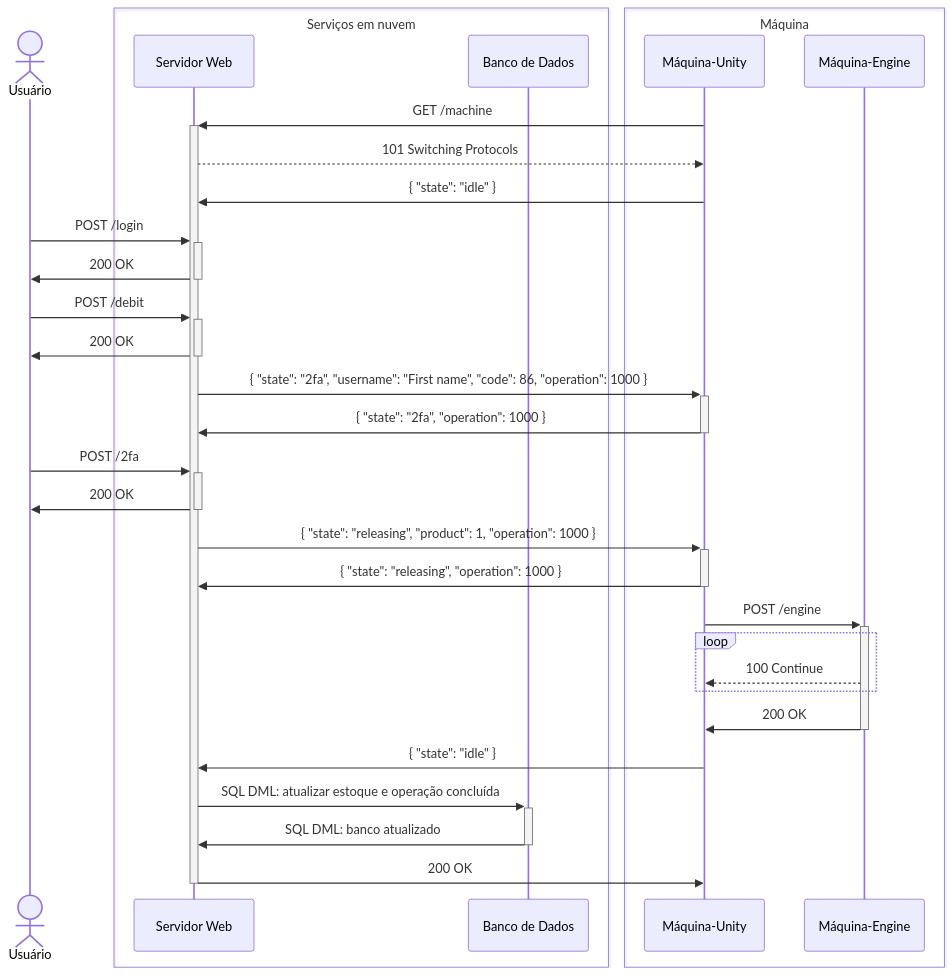
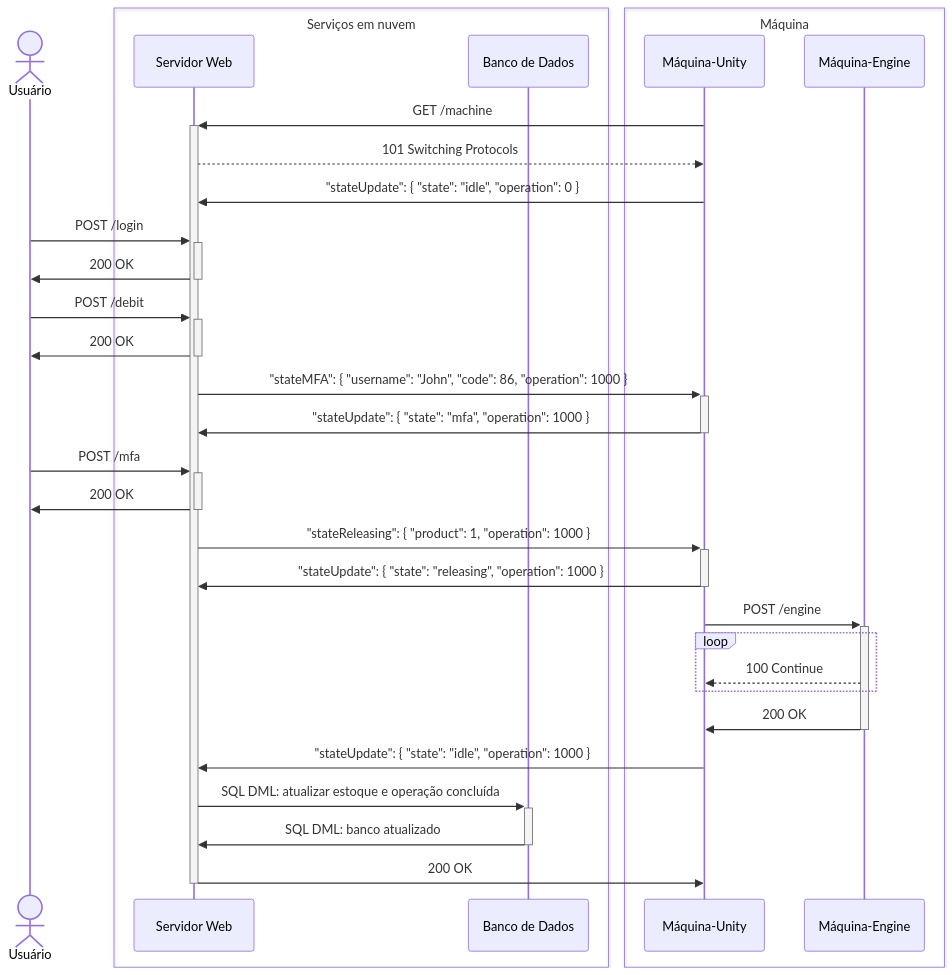
One commit to feira-de-jogos/feira-de-jogos changed the ninth of 9 diagrams in v2/README.md. Above: the diagram before and after it, drawn with Mermaid. The commit also changed other lines of this file and 3 other files, not shown here.

Commit message:
Modelar mensagens via WebSocket entre máquina de vendas e servidor Web #7

````diff
--- a/v2/README.md
+++ b/v2/README.md
@@ -227,44 +240,44 @@
 ```mermaid
 sequenceDiagram
   actor Usuário
   box Serviços em nuvem
     participant Servidor Web
     participant Banco de Dados
   end
   box Máquina
     participant Máquina-Unity
     participant Máquina-Engine
   end
 
   Máquina-Unity ->>+ Servidor Web: GET /machine
   Servidor Web -->> Máquina-Unity: 101 Switching Protocols
-  Máquina-Unity ->> Servidor Web: { "state": "idle" }
+  Máquina-Unity ->> Servidor Web: "stateUpdate": { "state": "idle", "operation": 0 }
 
   Usuário ->>+ Servidor Web: POST /login
   Servidor Web ->>- Usuário: 200 OK
   
   Usuário ->>+ Servidor Web: POST /debit
   Servidor Web ->>- Usuário: 200 OK
 
-  Servidor Web  ->>+ Máquina-Unity: { "state": "2fa", "username": "First name", "code": 86, "operation": 1000 }
-  Máquina-Unity ->>- Servidor Web: { "state": "2fa", "operation": 1000 }
+  Servidor Web  ->>+ Máquina-Unity: "stateMFA": { "username": "John", "code": 86, "operation": 1000 }
+  Máquina-Unity ->>- Servidor Web: "stateUpdate": { "state": "mfa", "operation": 1000 }
 
-  Usuário ->>+ Servidor Web: POST /2fa
+  Usuário ->>+ Servidor Web: POST /mfa
   Servidor Web ->>- Usuário: 200 OK
 
-  Servidor Web ->>+ Máquina-Unity : { "state": "releasing", "product": 1, "operation": 1000 }
-  Máquina-Unity ->>- Servidor Web: { "state": "releasing", "operation": 1000 }
+  Servidor Web ->>+ Máquina-Unity: "stateReleasing": { "product": 1, "operation": 1000 }
+  Máquina-Unity ->>- Servidor Web: "stateUpdate": { "state": "releasing", "operation": 1000 }
 
   Máquina-Unity ->>+ Máquina-Engine: POST /engine
   loop
     Máquina-Engine -->> Máquina-Unity: 100 Continue
   end
   Máquina-Engine ->>- Máquina-Unity: 200 OK
 
-  Máquina-Unity ->> Servidor Web: { "state": "idle" }
+  Máquina-Unity ->> Servidor Web: "stateUpdate": { "state": "idle", "operation": 1000 }
 
   Servidor Web ->>+ Banco de Dados: SQL DML: atualizar estoque e operação concluída
   Banco de Dados ->>- Servidor Web: SQL DML: banco atualizado
 
   Servidor Web ->>- Máquina-Unity: 200 OK
 ```
````
